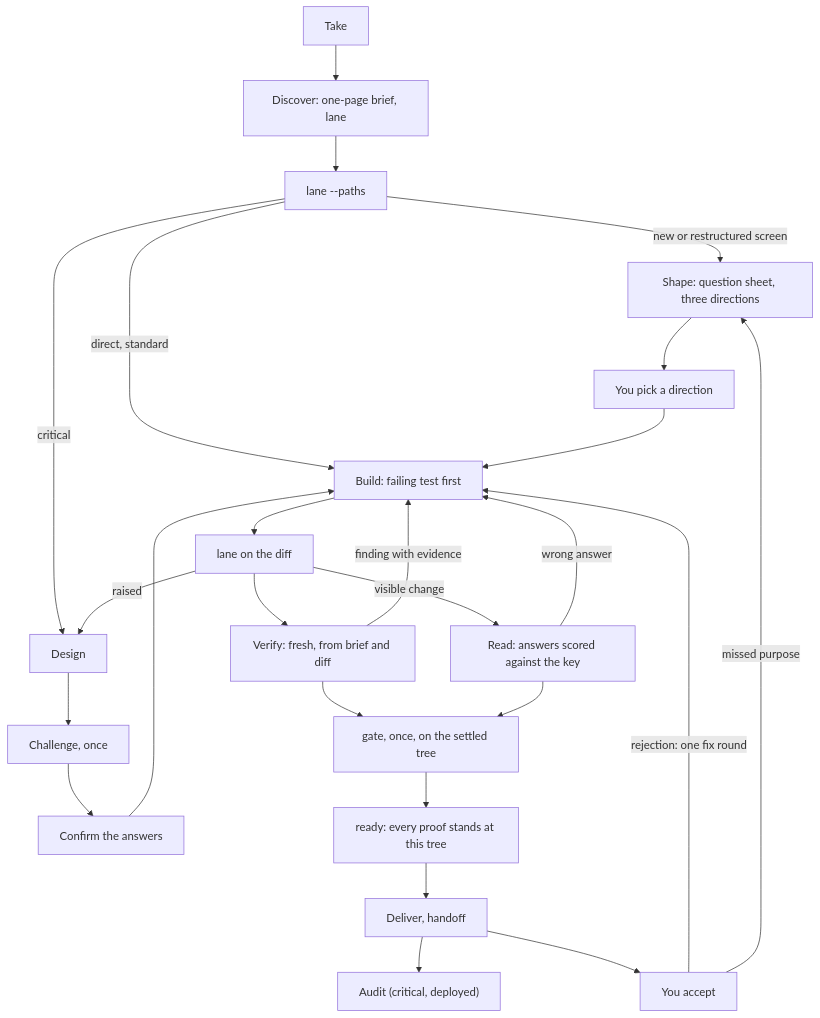
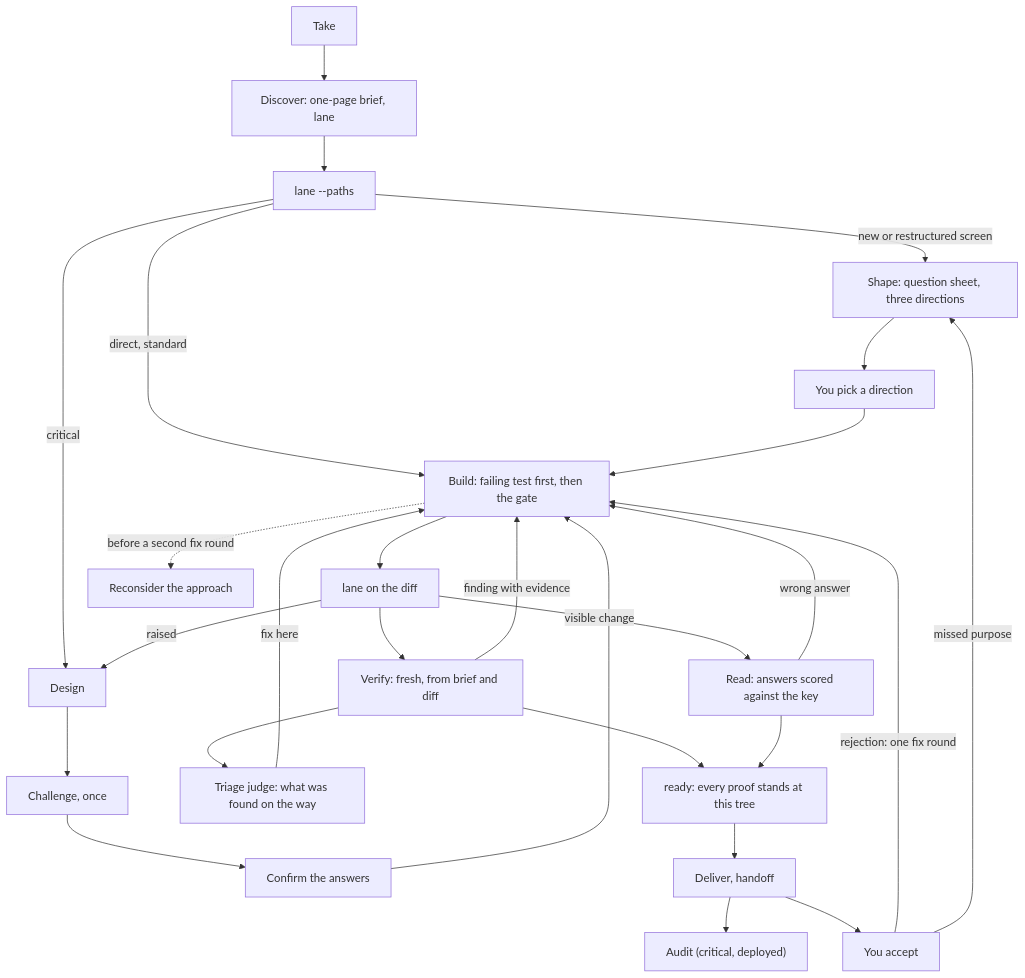
One commit to o-m-a-r-k/agentic-workflow changed the diagram in README.md. Above: the diagram before and after it, drawn with Mermaid. The commit also changed other lines of this file and 27 other files, not shown here.

````diff
--- a/README.md
+++ b/README.md
@@ -25,25 +25,27 @@
 ```mermaid
 flowchart TD
   T["Take"] --> D["Discover: one-page brief, lane"]
   D --> L1["lane --paths"]
   L1 -- "new or restructured screen" --> S["Shape: question sheet, three directions"]
   S --> P["You pick a direction"]
   L1 -- "critical" --> De["Design"] --> Ch["Challenge, once"] --> Co["Confirm the answers"]
   L1 -- "direct, standard" --> B
-  P --> B["Build: failing test first"]
+  P --> B["Build: failing test first, then the gate"]
   Co --> B
   B --> L2["lane on the diff"]
   L2 -- "raised" --> De
   L2 --> V["Verify: fresh, from brief and diff"]
   L2 -- "visible change" --> R["Read: answers scored against the key"]
+  V --> Tj["Triage judge: what was found on the way"]
   V -- "finding with evidence" --> B
+  Tj -- "fix here" --> B
   R -- "wrong answer" --> B
-  V --> G["gate, once, on the settled tree"]
-  R --> G
-  G --> Rd["ready: every proof stands at this tree"]
+  B -. "before a second fix round" .-> Rc["Reconsider the approach"]
+  V --> Rd["ready: every proof stands at this tree"]
+  R --> Rd
   Rd --> Dl["Deliver, handoff"]
   Dl --> A["Audit (critical, deployed)"]
   Dl --> Ac["You accept"]
   Ac -- "rejection: one fix round" --> B
   Ac -- "missed purpose" --> S
 ```
````
